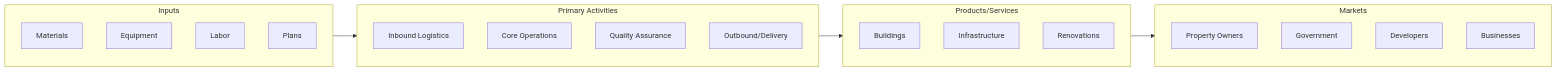
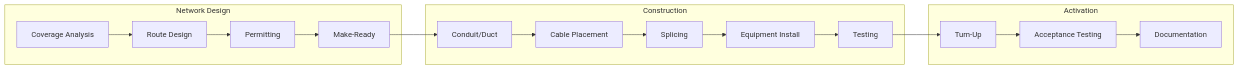
One commit to kziemski/business.org.ai changed the second of 2 diagrams in industries/Construction/CivilEngineeringConstruction/UtilitySystemConstruction/CommunicationLine.mdx. Above: the diagram before and after it, drawn with Mermaid. The commit also changed other lines of this file and 67 other files, not shown here.

````diff
--- a/industries/Construction/CivilEngineeringConstruction/UtilitySystemConstruction/CommunicationLine.mdx
+++ b/industries/Construction/CivilEngineeringConstruction/UtilitySystemConstruction/CommunicationLine.mdx
@@ -75,31 +67,27 @@
 ```mermaid
-graph LR
-    subgraph Inputs["Inputs"]
-        I1["Materials"]
-        I2["Equipment"]
-        I3["Labor"]
-        I4["Plans"]
+flowchart LR
+    subgraph Design["Network Design"]
+        D1["Coverage Analysis"]
+        D2["Route Design"]
+        D3["Permitting"]
+        D4["Make-Ready"]
     end
 
-    subgraph Primary["Primary Activities"]
-        A1["Inbound Logistics"]
-        A2["Core Operations"]
-        A3["Quality Assurance"]
-        A4["Outbound/Delivery"]
+    subgraph Construction["Construction"]
+        C1["Conduit/Duct"]
+        C2["Cable Placement"]
+        C3["Splicing"]
+        C4["Equipment Install"]
+        C5["Testing"]
     end
 
-    subgraph Outputs["Products/Services"]
-        O1["Buildings"]
-        O2["Infrastructure"]
-        O3["Renovations"]
+    subgraph Activation["Activation"]
+        A1["Turn-Up"]
+        A2["Acceptance Testing"]
+        A3["Documentation"]
     end
 
-    subgraph Customers["Markets"]
-        C1["Property Owners"]
-        C2["Government"]
-        C3["Developers"]
-        C4["Businesses"]
-    end
-
-    Inputs --> Primary --> Outputs --> Customers
+    D1 --> D2 --> D3 --> D4
+    D4 --> C1 --> C2 --> C3 --> C4 --> C5
+    C5 --> A1 --> A2 --> A3
 ```
````
